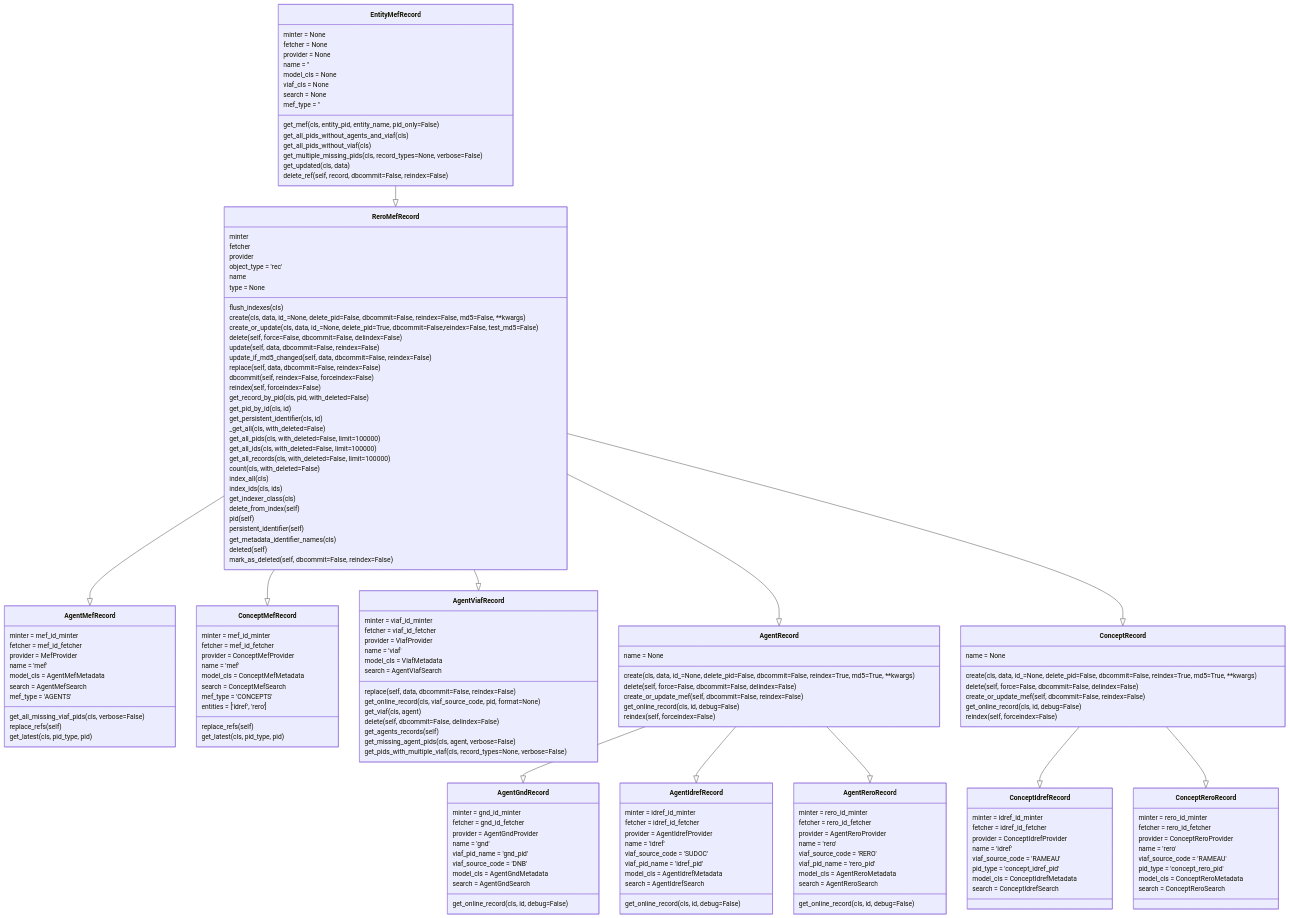
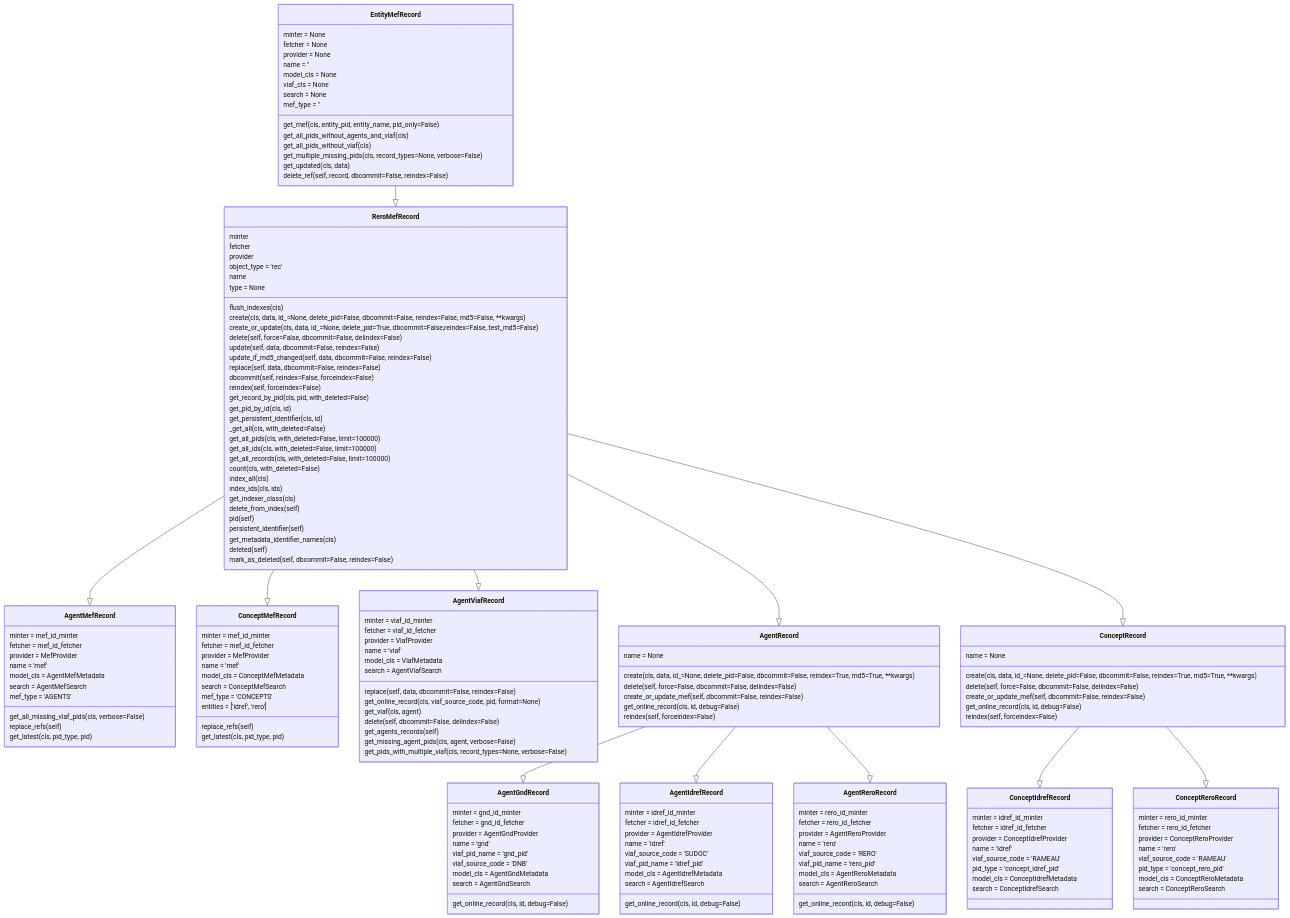
The diagram in classes.md (rero/rero-mef), drawn with Mermaid before and after one commit. The commit also changed 14 other files, not shown here.

```diff
--- a/classes.md
+++ b/classes.md
@@ -71,7 +71,7 @@
 class ConceptMefRecord{
     minter = mef_id_minter
     fetcher = mef_id_fetcher
-    provider = ConceptMefProvider
+    provider = MefProvider
     name = 'mef'
     model_cls = ConceptMefMetadata
     search = ConceptMefSearch
```
